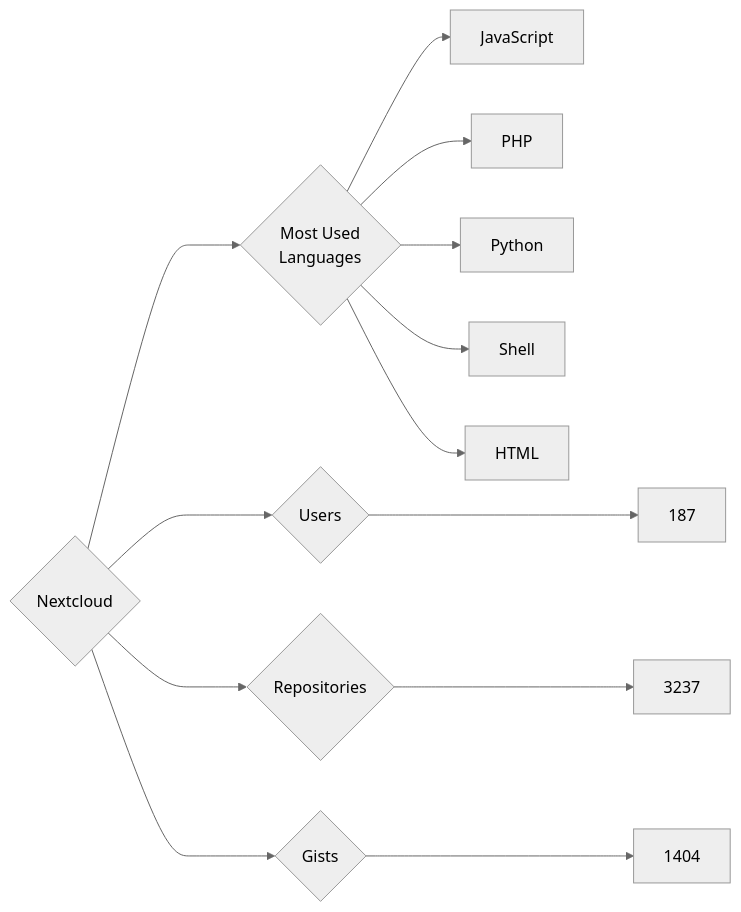
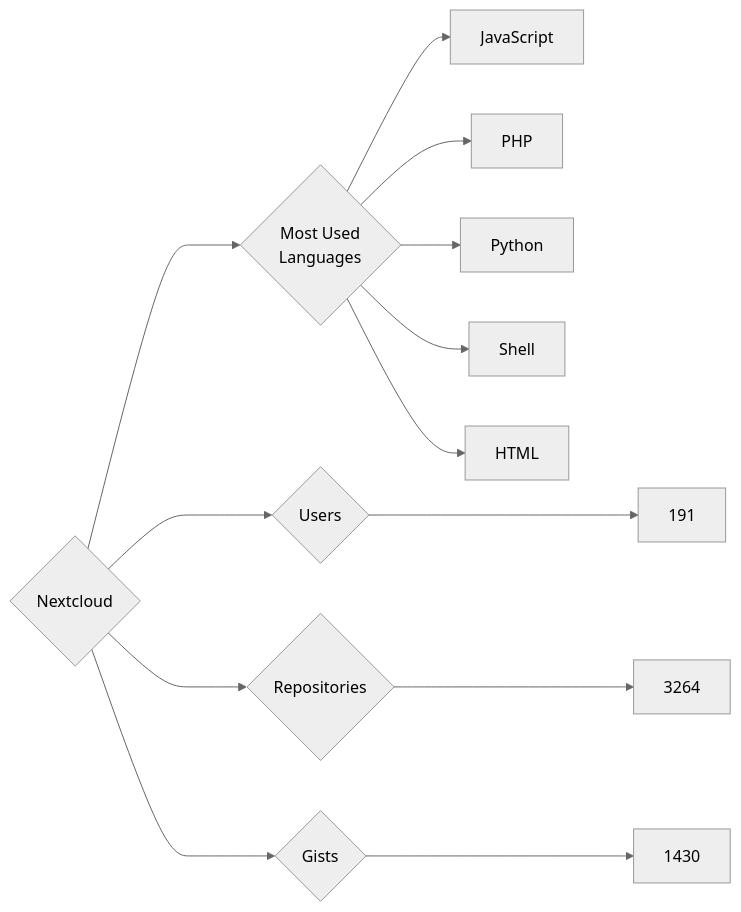
Before and after one commit to trickest/insiders: the diagram in targets/Nextcloud/README.md, drawn with Mermaid (neutral theme). The commit also changed 964 other files, not shown here.

````diff
--- a/targets/Nextcloud/README.md
+++ b/targets/Nextcloud/README.md
@@ -3,13 +3,13 @@
 ```mermaid
 graph LR
 COMPANY_NAME{Nextcloud}
-COMPANY_NAME ---> U{Users} ---> UN[187]
-COMPANY_NAME ---> R{Repositories} ---> RN[3237]
-COMPANY_NAME ---> G{Gists} ---> GN[1404]
+COMPANY_NAME ---> U{Users} ---> UN[191]
+COMPANY_NAME ---> R{Repositories} ---> RN[3264]
+COMPANY_NAME ---> G{Gists} ---> GN[1430]
 COMPANY_NAME ---> ML{Most Used<br>Languages}
 ML --> JavaScript[JavaScript]
 ML --> PHP[PHP]
 ML --> Python[Python]
 ML --> Shell[Shell]
 ML --> HTML[HTML]
 ```
````
